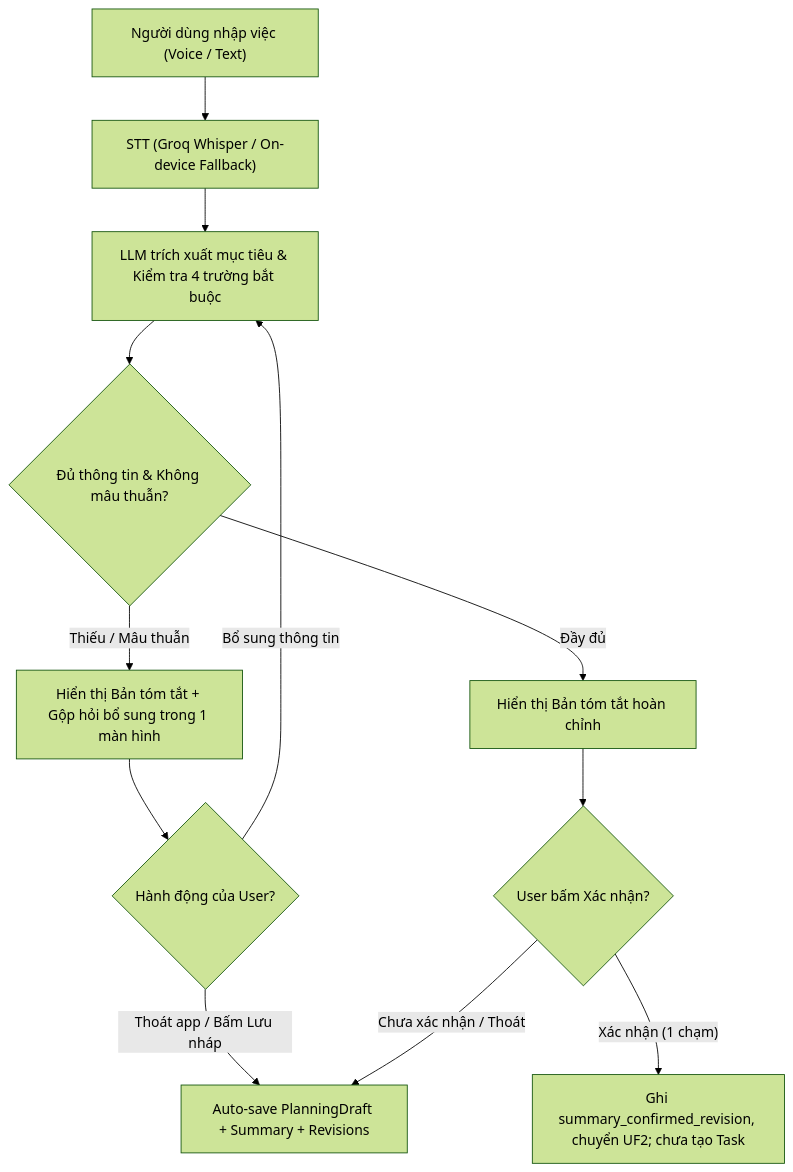
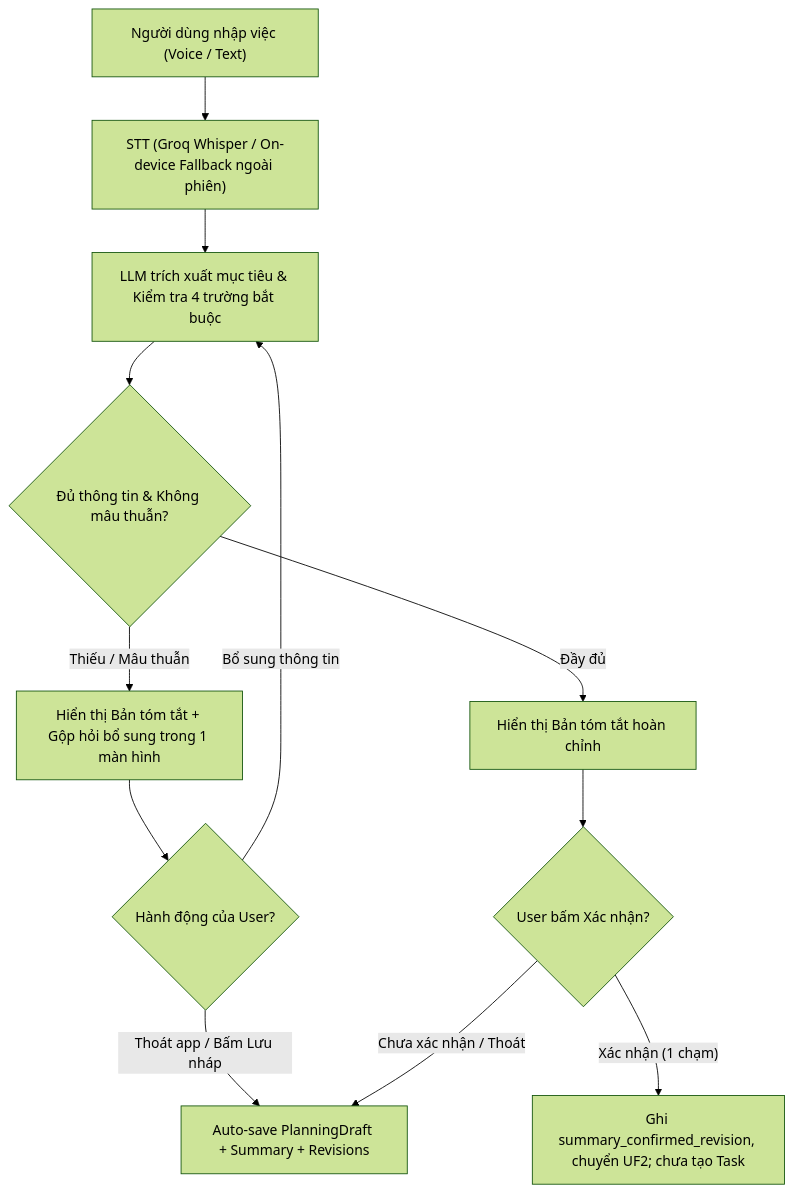
Before and after one commit to hmintrun/virtual-assistant-for-ADHD: the third of 6 diagrams in Project.md, drawn with Mermaid (forest theme). The commit also changed other lines of this file and 6 other files, not shown here.

````diff
--- a/Project.md
+++ b/Project.md
@@ -311,14 +311,14 @@
 ```mermaid
 flowchart TD
-    A["Người dùng nhập việc (Voice / Text)"] --> B["STT (Groq Whisper / On-device Fallback)"]
+    A["Người dùng nhập việc (Voice / Text)"] --> B["STT (Groq Whisper / On-device Fallback ngoài phiên)"]
     B --> C["LLM trích xuất mục tiêu & Kiểm tra 4 trường bắt buộc"]
     C --> D{"Đủ thông tin & Không mâu thuẫn?"}
     D -->|"Thiếu / Mâu thuẫn"| E["Hiển thị Bản tóm tắt + Gộp hỏi bổ sung trong 1 màn hình"]
     E --> F{"Hành động của User?"}
     F -->|"Thoát app / Bấm Lưu nháp"| G["Auto-save PlanningDraft + Summary + Revisions"]
     F -->|"Bổ sung thông tin"| C
     D -->|"Đầy đủ"| H["Hiển thị Bản tóm tắt hoàn chỉnh"]
     H --> I{"User bấm Xác nhận?"}
     I -->|"Chưa xác nhận / Thoát"| G
     I -->|"Xác nhận (1 chạm)"| J["Ghi summary_confirmed_revision, chuyển UF2; chưa tạo Task"]
 ```
````
